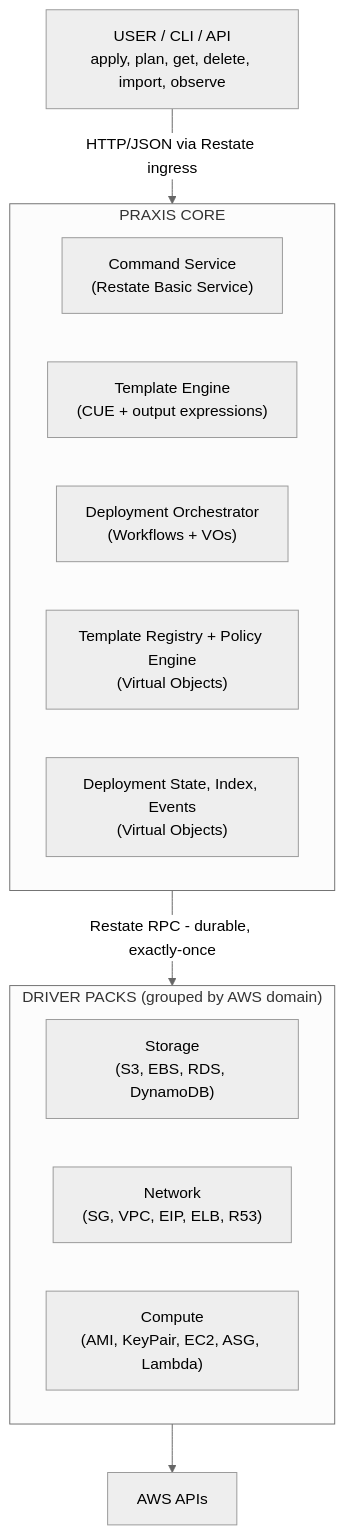
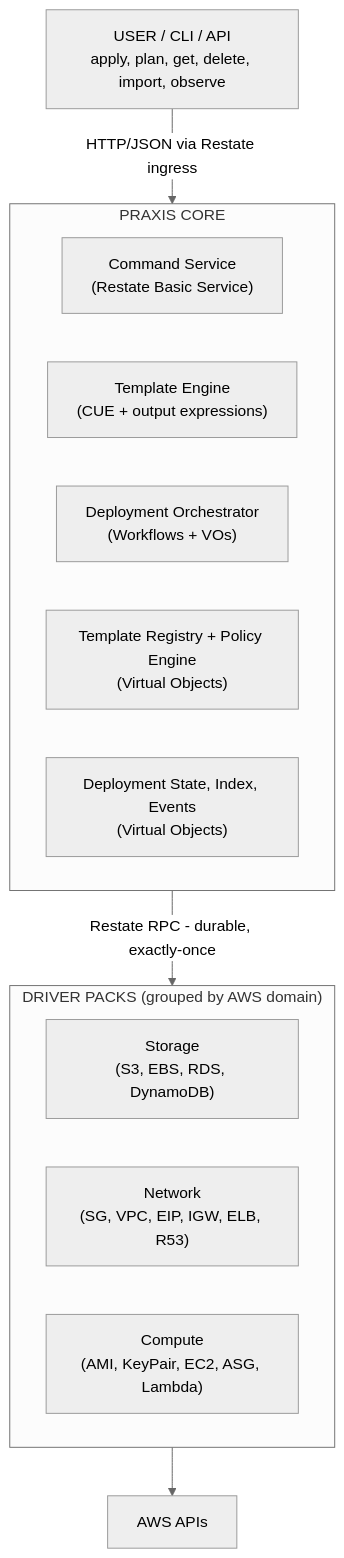
The first of 5 diagrams in docs/ARCHITECTURE.md (shirvan/praxis), drawn with Mermaid (neutral theme) before and after one commit. The commit also changed other lines of this file and 19 other files, not shown here.

````diff
--- a/docs/ARCHITECTURE.md
+++ b/docs/ARCHITECTURE.md
@@ -17,24 +17,24 @@
 ```mermaid
 graph TD
     User["USER / CLI / API<br/>apply, plan, get, delete, import, observe"]
 
     User -->|"HTTP/JSON via Restate ingress"| Core
 
     subgraph Core["PRAXIS CORE"]
         CS["Command Service<br/>(Restate Basic Service)"]
         TE["Template Engine<br/>(CUE + output expressions)"]
         DO["Deployment Orchestrator<br/>(Workflows + VOs)"]
         TR["Template Registry + Policy Engine<br/>(Virtual Objects)"]
         DS["Deployment State, Index, Events<br/>(Virtual Objects)"]
     end
 
     Core -->|"Restate RPC - durable, exactly-once"| Drivers
 
     subgraph Drivers["DRIVER PACKS (grouped by AWS domain)"]
         Storage["Storage<br/>(S3, EBS, RDS, DynamoDB)"]
-        Network["Network<br/>(SG, VPC, EIP, ELB, R53)"]
+        Network["Network<br/>(SG, VPC, EIP, IGW, ELB, R53)"]
         Compute["Compute<br/>(AMI, KeyPair, EC2, ASG, Lambda)"]
     end
 
     Drivers --> AWS["AWS APIs"]
 ```
````
